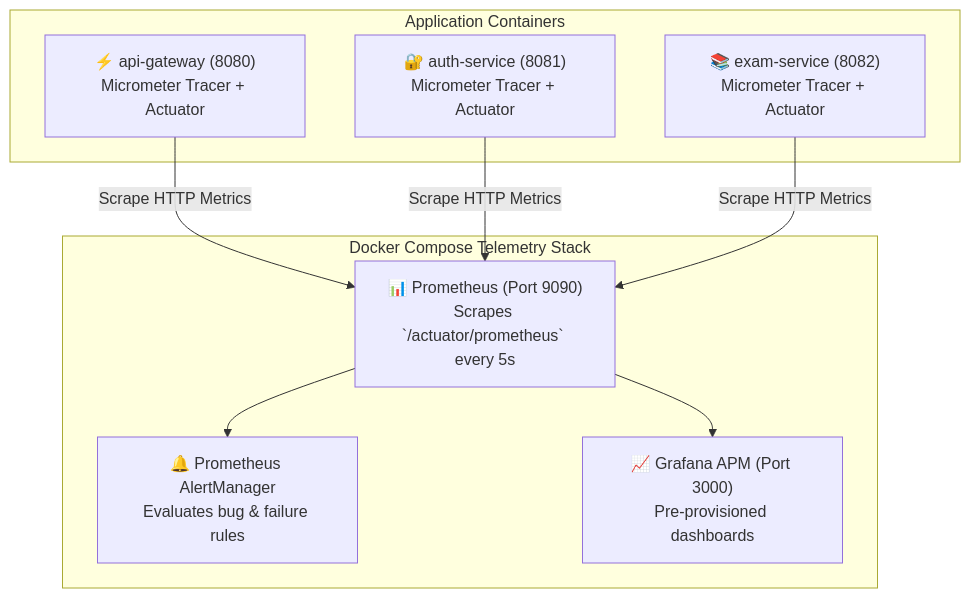
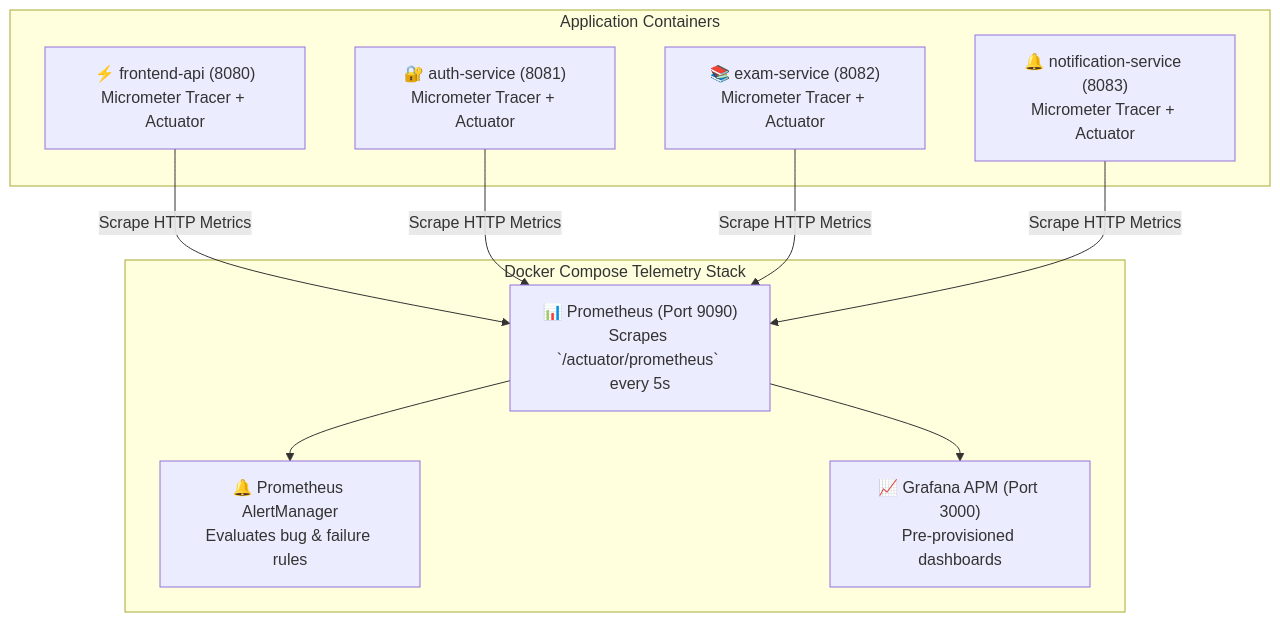
Before and after one commit to Veras-D/AprovaENEM: the second of 2 diagrams in docs/sprint-1/06-observability-datadog-style.md, drawn with Mermaid. The commit also changed 7 other files, not shown here.

Commit message:
docs: synchronize API specs, system architecture, data modeling, and README with live implementation

````diff
--- a/docs/sprint-1/06-observability-datadog-style.md
+++ b/docs/sprint-1/06-observability-datadog-style.md
@@ -32,18 +32,19 @@
 ```mermaid
 flowchart TD
     subgraph AppContainers ["Application Containers"]
-        APIGW["⚡ api-gateway (8080)<br/>Micrometer Tracer + Actuator"]
+        APIGW["⚡ frontend-api (8080)<br/>Micrometer Tracer + Actuator"]
         AuthSvc["🔐 auth-service (8081)<br/>Micrometer Tracer + Actuator"]
         ExamSvc["📚 exam-service (8082)<br/>Micrometer Tracer + Actuator"]
+        NotifSvc["🔔 notification-service (8083)<br/>Micrometer Tracer + Actuator"]
     end
 
     subgraph PrometheusStack ["Docker Compose Telemetry Stack"]
         PrometheusServer["📊 Prometheus (Port 9090)<br/>Scrapes `/actuator/prometheus` every 5s"]
         AlertManager["🔔 Prometheus AlertManager<br/>Evaluates bug & failure rules"]
         GrafanaAPM["📈 Grafana APM (Port 3000)<br/>Pre-provisioned dashboards"]
     end
 
-    APIGW & AuthSvc & ExamSvc -->|Scrape HTTP Metrics| PrometheusServer
+    APIGW & AuthSvc & ExamSvc & NotifSvc -->|Scrape HTTP Metrics| PrometheusServer
     PrometheusServer --> AlertManager
     PrometheusServer --> GrafanaAPM
 ```
````
